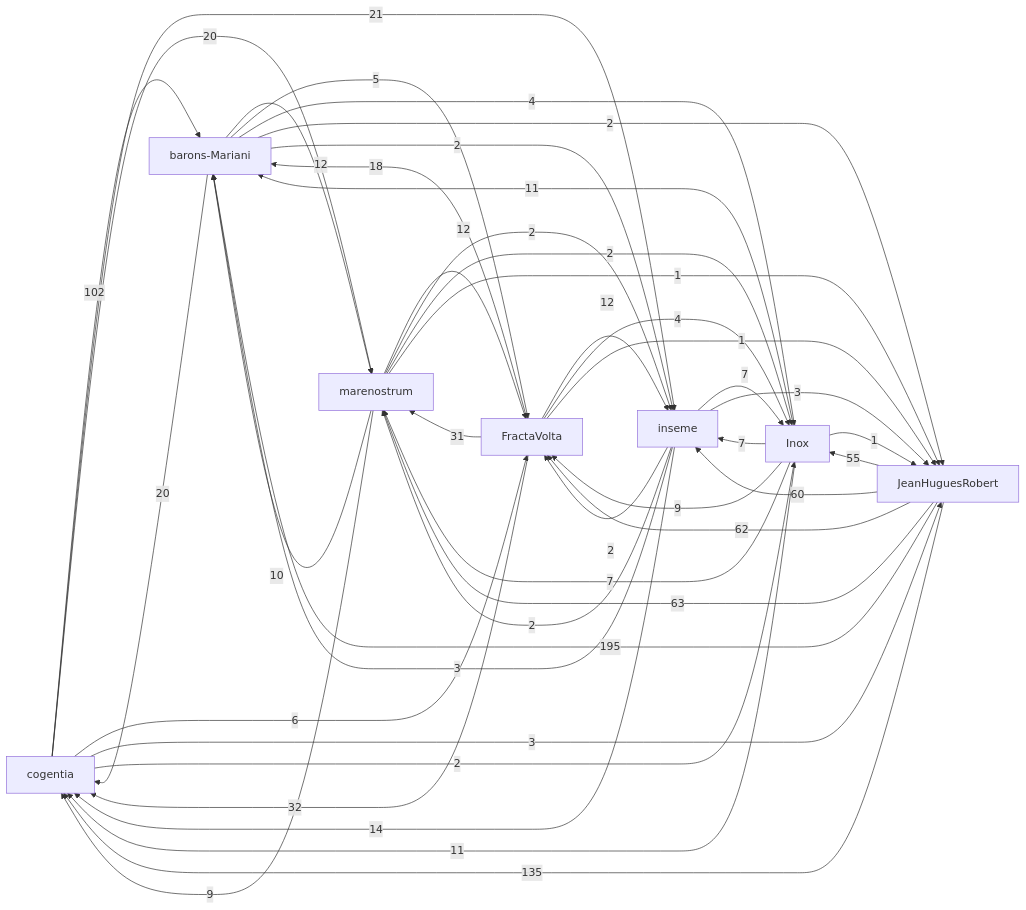
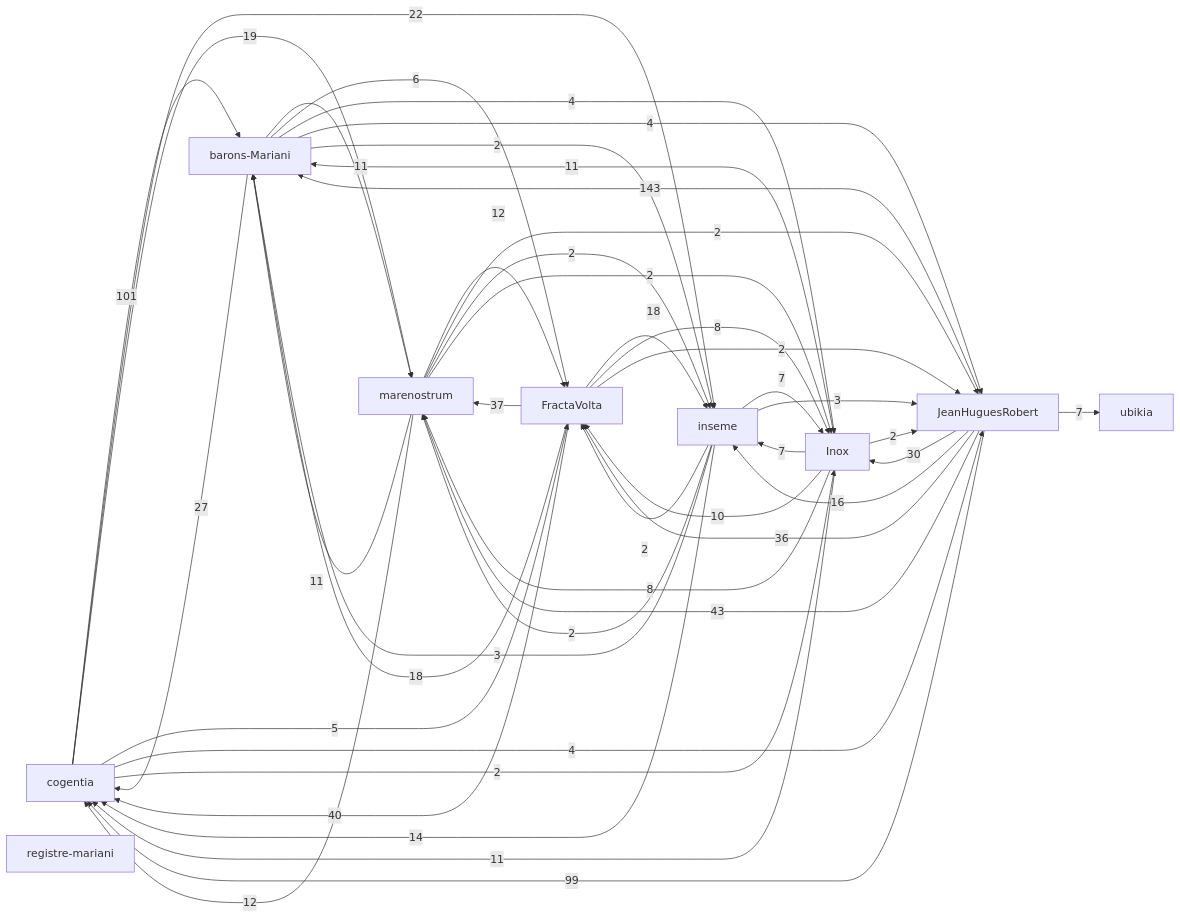
One commit to virteal/inseme changed the first of 2 diagrams in research/corpus-status.md. Above: the diagram before and after it, drawn with Mermaid. The commit also changed other lines of this file, not shown here.

Commit message:
Refresh corpus status snapshot

````diff
--- a/research/corpus-status.md
+++ b/research/corpus-status.md
@@ -48,52 +50,55 @@
 ```mermaid
 graph LR
   r_cogentia["cogentia"]
   r_fractavolta["FractaVolta"]
   r_marenostrum["marenostrum"]
   r_barons_mariani["barons-Mariani"]
   r_inseme["inseme"]
   r_inox["Inox"]
+  r_registre_mariani["registre-mariani"]
+  r_ubikia["ubikia"]
   r_jeanhuguesrobert["JeanHuguesRobert"]
-  r_jeanhuguesrobert -->|195| r_barons_mariani
-  r_jeanhuguesrobert -->|135| r_cogentia
-  r_cogentia -->|102| r_barons_mariani
-  r_jeanhuguesrobert -->|63| r_marenostrum
-  r_jeanhuguesrobert -->|62| r_fractavolta
-  r_jeanhuguesrobert -->|60| r_inseme
-  r_jeanhuguesrobert -->|55| r_inox
-  r_fractavolta -->|32| r_cogentia
-  r_fractavolta -->|31| r_marenostrum
-  r_cogentia -->|21| r_inseme
-  r_barons_mariani -->|20| r_cogentia
-  r_cogentia -->|20| r_marenostrum
+  r_jeanhuguesrobert -->|143| r_barons_mariani
+  r_cogentia -->|101| r_barons_mariani
+  r_jeanhuguesrobert -->|99| r_cogentia
+  r_jeanhuguesrobert -->|43| r_marenostrum
+  r_fractavolta -->|40| r_cogentia
+  r_fractavolta -->|37| r_marenostrum
+  r_jeanhuguesrobert -->|36| r_fractavolta
+  r_jeanhuguesrobert -->|30| r_inox
+  r_barons_mariani -->|27| r_cogentia
+  r_cogentia -->|22| r_inseme
+  r_cogentia -->|19| r_marenostrum
+  r_fractavolta -->|18| r_inseme
   r_fractavolta -->|18| r_barons_mariani
+  r_jeanhuguesrobert -->|16| r_inseme
   r_inseme -->|14| r_cogentia
-  r_barons_mariani -->|12| r_marenostrum
-  r_fractavolta -->|12| r_inseme
   r_marenostrum -->|12| r_fractavolta
+  r_marenostrum -->|12| r_cogentia
+  r_barons_mariani -->|11| r_marenostrum
   r_inox -->|11| r_barons_mariani
   r_inox -->|11| r_cogentia
-  r_marenostrum -->|10| r_barons_mariani
-  r_inox -->|9| r_fractavolta
-  r_marenostrum -->|9| r_cogentia
-  r_inox -->|7| r_marenostrum
+  r_marenostrum -->|11| r_barons_mariani
+  r_inox -->|10| r_fractavolta
+  r_fractavolta -->|8| r_inox
+  r_inox -->|8| r_marenostrum
   r_inox -->|7| r_inseme
   r_inseme -->|7| r_inox
-  r_cogentia -->|6| r_fractavolta
-  r_barons_mariani -->|5| r_fractavolta
+  r_jeanhuguesrobert -->|7| r_ubikia
+  r_barons_mariani -->|6| r_fractavolta
+  r_cogentia -->|5| r_fractavolta
   r_barons_mariani -->|4| r_inox
-  r_fractavolta -->|4| r_inox
-  r_cogentia -->|3| r_jeanhuguesrobert
+  r_barons_mariani -->|4| r_jeanhuguesrobert
+  r_cogentia -->|4| r_jeanhuguesrobert
   r_inseme -->|3| r_barons_mariani
   r_inseme -->|3| r_jeanhuguesrobert
-  r_barons_mariani -->|2| r_jeanhuguesrobert
   r_barons_mariani -->|2| r_inseme
   r_cogentia -->|2| r_inox
+  r_fractavolta -->|2| r_jeanhuguesrobert
+  r_inox -->|2| r_jeanhuguesrobert
   r_inseme -->|2| r_marenostrum
   r_inseme -->|2| r_fractavolta
+  r_marenostrum -->|2| r_jeanhuguesrobert
   r_marenostrum -->|2| r_inseme
   r_marenostrum -->|2| r_inox
-  r_fractavolta -->|1| r_jeanhuguesrobert
-  r_inox -->|1| r_jeanhuguesrobert
-  r_marenostrum -->|1| r_jeanhuguesrobert
 ```
````
